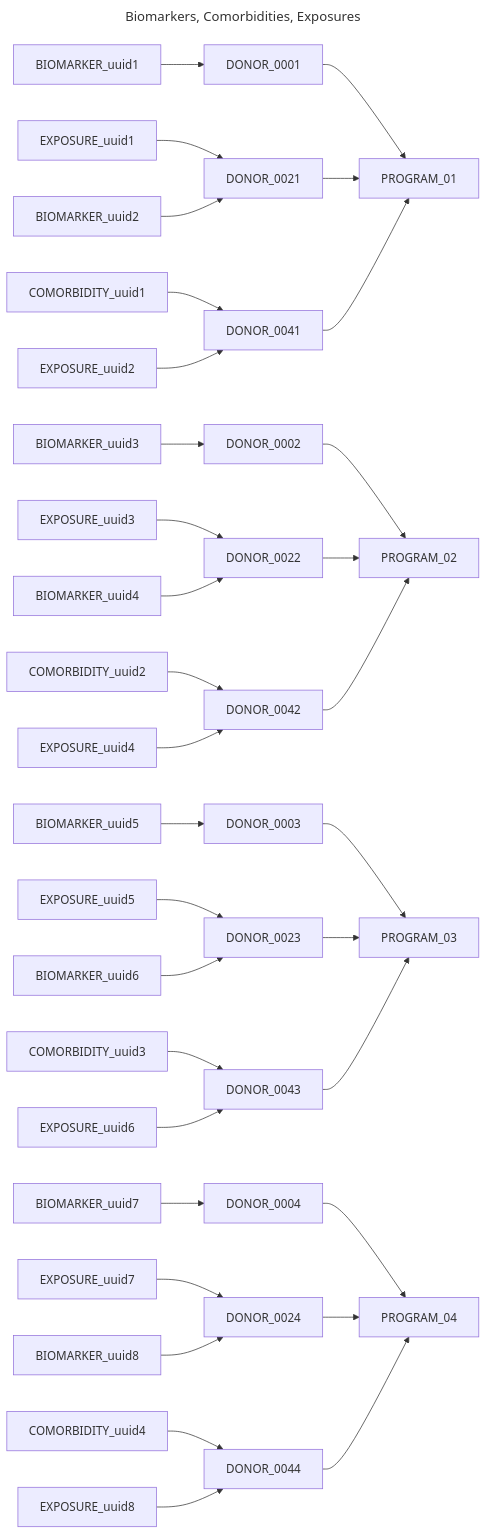
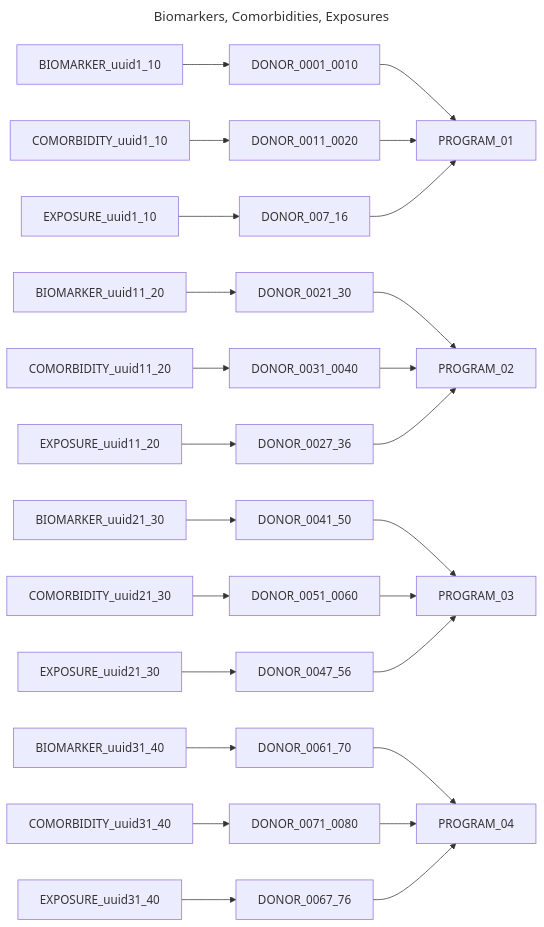
Before and after one commit to CanDIG/katsu: the eighth of 8 diagrams in chord_metadata_service/mohpackets/data/small_dataset/README.md, drawn with Mermaid. The commit also changed other lines of this file, not shown here.

````diff
--- a/chord_metadata_service/mohpackets/data/small_dataset/README.md
+++ b/chord_metadata_service/mohpackets/data/small_dataset/README.md
@@ -181,26 +173,22 @@
 ```mermaid
 ---
 title: Biomarkers, Comorbidities, Exposures
 ---
 graph LR;  
-  BIOMARKER_uuid1 --> DONOR_0001 --> PROGRAM_01; 
-  EXPOSURE_uuid1 --> DONOR_0021 --> PROGRAM_01;  
-  BIOMARKER_uuid2 --> DONOR_0021;
-  COMORBIDITY_uuid1 --> DONOR_0041 --> PROGRAM_01;
-  EXPOSURE_uuid2 --> DONOR_0041;
-  BIOMARKER_uuid3 --> DONOR_0002 --> PROGRAM_02;  
-  EXPOSURE_uuid3 --> DONOR_0022 --> PROGRAM_02;
-  BIOMARKER_uuid4 --> DONOR_0022;
-  COMORBIDITY_uuid2 --> DONOR_0042 --> PROGRAM_02;
-  EXPOSURE_uuid4 --> DONOR_0042;
-  BIOMARKER_uuid5 --> DONOR_0003 --> PROGRAM_03;
-  EXPOSURE_uuid5 --> DONOR_0023 --> PROGRAM_03;
-  BIOMARKER_uuid6 --> DONOR_0023;
-  COMORBIDITY_uuid3 --> DONOR_0043 --> PROGRAM_03;  
-  EXPOSURE_uuid6 --> DONOR_0043;
-  BIOMARKER_uuid7 --> DONOR_0004 --> PROGRAM_04;
-  EXPOSURE_uuid7 --> DONOR_0024 --> PROGRAM_04;
-  BIOMARKER_uuid8 --> DONOR_0024;
-  COMORBIDITY_uuid4 --> DONOR_0044 --> PROGRAM_04;
-  EXPOSURE_uuid8 --> DONOR_0044;
+  BIOMARKER_uuid1_10 --> DONOR_0001_0010 --> PROGRAM_01; 
+  COMORBIDITY_uuid1_10 --> DONOR_0011_0020 --> PROGRAM_01;
+  EXPOSURE_uuid1_10 --> DONOR_007_16 --> PROGRAM_01;
+  
+  BIOMARKER_uuid11_20 --> DONOR_0021_30 --> PROGRAM_02;
+  COMORBIDITY_uuid11_20 --> DONOR_0031_0040 --> PROGRAM_02;
+  EXPOSURE_uuid11_20 --> DONOR_0027_36 --> PROGRAM_02;
+
+  BIOMARKER_uuid21_30 --> DONOR_0041_50 --> PROGRAM_03;
+  COMORBIDITY_uuid21_30 --> DONOR_0051_0060 --> PROGRAM_03;
+  EXPOSURE_uuid21_30 --> DONOR_0047_56 --> PROGRAM_03;
+
+  BIOMARKER_uuid31_40 --> DONOR_0061_70 --> PROGRAM_04;
+  COMORBIDITY_uuid31_40 --> DONOR_0071_0080 --> PROGRAM_04;
+  EXPOSURE_uuid31_40 --> DONOR_0067_76 --> PROGRAM_04;  
+  
 ```
````
